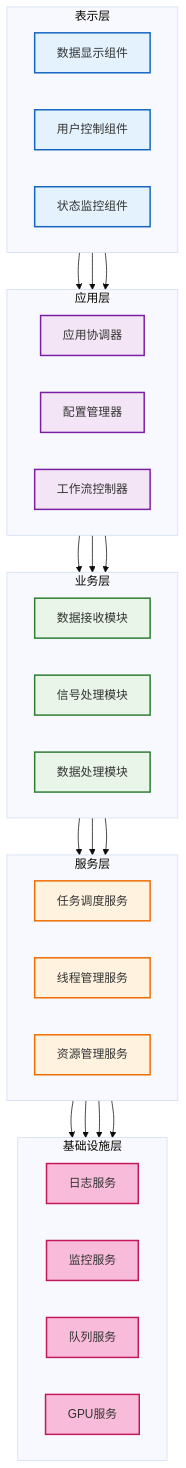
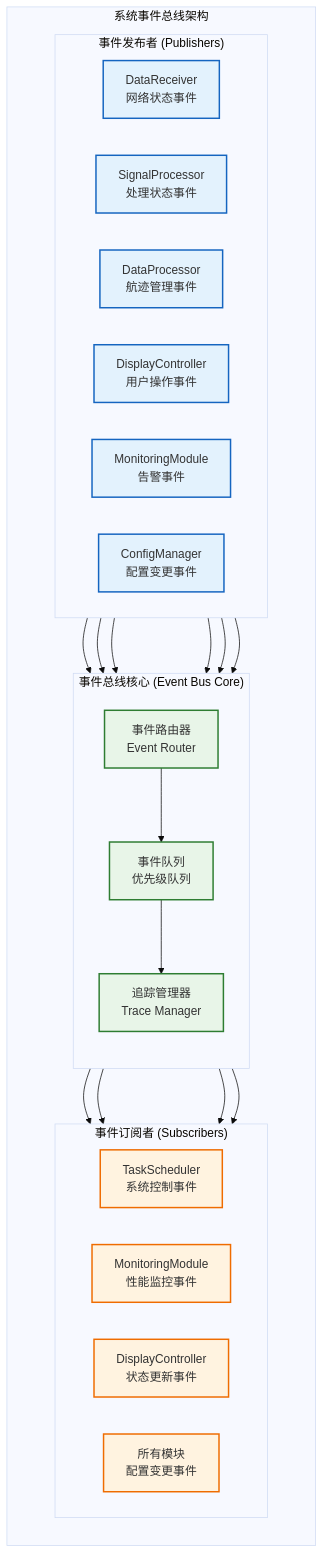
Before and after one commit to wendizhou99-cell/Radar: the fourth of 26 diagrams in docs/01_项目设计/01_项目设计/03_系统架构总览.md, drawn with Mermaid (base theme). The commit also changed other lines of this file and 27 other files, not shown here.

````diff
--- a/docs/01_项目设计/01_项目设计/03_系统架构总览.md
+++ b/docs/01_项目设计/01_项目设计/03_系统架构总览.md
@@ -103,57 +332,56 @@
 ```mermaid
-flowchart TB
-    subgraph 表示层
-        direction LR
-        UI_DISPLAY[数据显示组件]
-        UI_CONTROL[用户控制组件]
-        UI_STATUS[状态监控组件]
+graph TB
+    subgraph "系统事件总线架构"
+        direction TB
+
+        subgraph "事件发布者 (Publishers)"
+            direction LR
+            PUB_DR[DataReceiver<br/>网络状态事件]
+            PUB_SP[SignalProcessor<br/>处理状态事件]
+            PUB_DP[DataProcessor<br/>航迹管理事件]
+            PUB_DC[DisplayController<br/>用户操作事件]
+            PUB_MON[MonitoringModule<br/>告警事件]
+            PUB_CFG[ConfigManager<br/>配置变更事件]
+        end
+
+        subgraph "事件总线核心 (Event Bus Core)"
+            direction TB
+            EVENT_ROUTER[事件路由器<br/>Event Router]
+            EVENT_QUEUE[事件队列<br/>优先级队列]
+            TRACE_MGR[追踪管理器<br/>Trace Manager]
+
+            EVENT_ROUTER --> EVENT_QUEUE
+            EVENT_QUEUE --> TRACE_MGR
+        end
+
+        subgraph "事件订阅者 (Subscribers)"
+            direction LR
+            SUB_TS[TaskScheduler<br/>系统控制事件]
+            SUB_MON[MonitoringModule<br/>性能监控事件]
+            SUB_DC[DisplayController<br/>状态更新事件]
+            SUB_ALL[所有模块<br/>配置变更事件]
+        end
+
+        %% 事件发布流
+        PUB_DR --> EVENT_ROUTER
+        PUB_SP --> EVENT_ROUTER
+        PUB_DP --> EVENT_ROUTER
+        PUB_DC --> EVENT_ROUTER
+        PUB_MON --> EVENT_ROUTER
+        PUB_CFG --> EVENT_ROUTER
+
+        %% 事件订阅流
+        TRACE_MGR --> SUB_TS
+        TRACE_MGR --> SUB_MON
+        TRACE_MGR --> SUB_DC
+        TRACE_MGR --> SUB_ALL
     end
-    subgraph 应用层
-        direction LR
-        APP_COORD[应用协调器]
-        APP_CONFIG[配置管理器]
-        APP_WORKFLOW[工作流控制器]
-    end
-    subgraph 业务层
-        direction LR
-        BIZ_RECEIVE[数据接收模块]
-        BIZ_SIGNAL[信号处理模块]
-        BIZ_DATA[数据处理模块]
-    end
-    subgraph 服务层
-        direction LR
-        SVC_SCHEDULER[任务调度服务]
-        SVC_THREAD[线程管理服务]
-        SVC_RESOURCE[资源管理服务]
-    end
-    subgraph 基础设施层
-        direction LR
-        INFRA_LOG[日志服务]
-        INFRA_MONITOR[监控服务]
-        INFRA_QUEUE[队列服务]
-        INFRA_GPU[GPU服务]
-    end
-    UI_DISPLAY --> APP_COORD
-    UI_CONTROL --> APP_CONFIG
-    UI_STATUS --> APP_WORKFLOW
-    APP_COORD --> BIZ_RECEIVE
-    APP_CONFIG --> BIZ_SIGNAL
-    APP_WORKFLOW --> BIZ_DATA
-    BIZ_RECEIVE --> SVC_SCHEDULER
-    BIZ_SIGNAL --> SVC_THREAD
-    BIZ_DATA --> SVC_RESOURCE
-    SVC_SCHEDULER --> INFRA_LOG
-    SVC_THREAD --> INFRA_MONITOR
-    SVC_RESOURCE --> INFRA_QUEUE
-    SVC_RESOURCE --> INFRA_GPU
-    classDef presentation fill:#e3f2fd,stroke:#1565c0,stroke-width:2px
-    classDef application fill:#f3e5f5,stroke:#7b1fa2,stroke-width:2px
-    classDef business fill:#e8f5e8,stroke:#2e7d32,stroke-width:2px
-    classDef service fill:#fff3e0,stroke:#ef6c00,stroke-width:2px
-    classDef infrastructure fill:#f8bbd9,stroke:#c2185b,stroke-width:2px
-    class UI_DISPLAY,UI_CONTROL,UI_STATUS presentation
-    class APP_COORD,APP_CONFIG,APP_WORKFLOW application
-    class BIZ_RECEIVE,BIZ_SIGNAL,BIZ_DATA business
-    class SVC_SCHEDULER,SVC_THREAD,SVC_RESOURCE service
-    class INFRA_LOG,INFRA_MONITOR,INFRA_QUEUE,INFRA_GPU infrastructure
+
+    classDef publisher fill:#e3f2fd,stroke:#1565c0,stroke-width:2px
+    classDef core fill:#e8f5e8,stroke:#2e7d32,stroke-width:2px
+    classDef subscriber fill:#fff3e0,stroke:#ef6c00,stroke-width:2px
+
+    class PUB_DR,PUB_SP,PUB_DP,PUB_DC,PUB_MON,PUB_CFG publisher
+    class EVENT_ROUTER,EVENT_QUEUE,TRACE_MGR core
+    class SUB_TS,SUB_MON,SUB_DC,SUB_ALL subscriber
 ```
````
